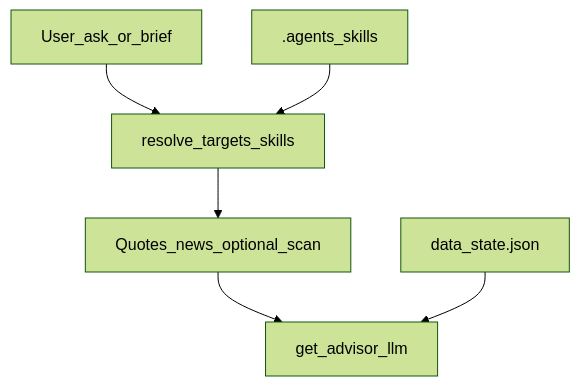
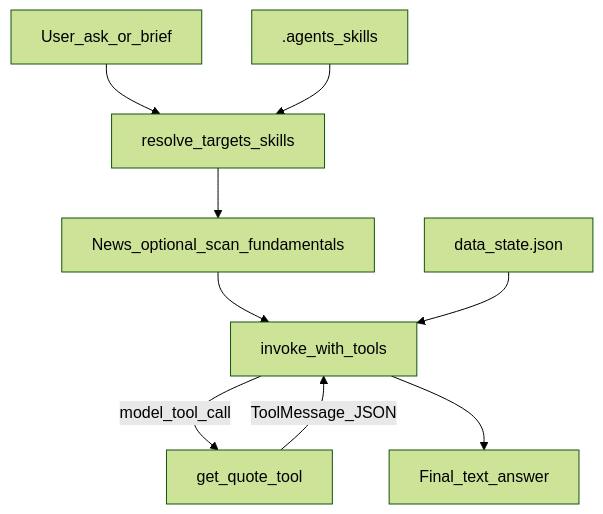
The fifth of 6 diagrams in docs/agent_architecture.md (giannisalinetti/personal-investment-assistant), drawn with Mermaid (forest theme) before and after one commit. The commit also changed other lines of this file and 7 other files, not shown here.

First line of the commit message:
Let Advisor call get_quote via LangChain tools and document the loop.

````diff
--- a/docs/agent_architecture.md
+++ b/docs/agent_architecture.md
@@ -117,10 +121,14 @@
 ```mermaid
 flowchart TB
   ask[User_ask_or_brief]
   resolve[resolve_targets_skills]
-  fetch[Quotes_news_optional_scan]
-  llmAdv[get_advisor_llm]
-  ask --> resolve --> fetch --> llmAdv
-  stateFile[data_state.json] --> llmAdv
+  fetch[News_optional_scan_fundamentals]
+  loop[invoke_with_tools]
+  ask --> resolve --> fetch --> loop
+  stateFile[data_state.json] --> loop
   skills[.agents_skills] --> resolve
+  getQuote[get_quote_tool]
+  loop -->|"model_tool_call"| getQuote
+  getQuote -->|"ToolMessage_JSON"| loop
+  loop --> answer[Final_text_answer]
 ```
````
